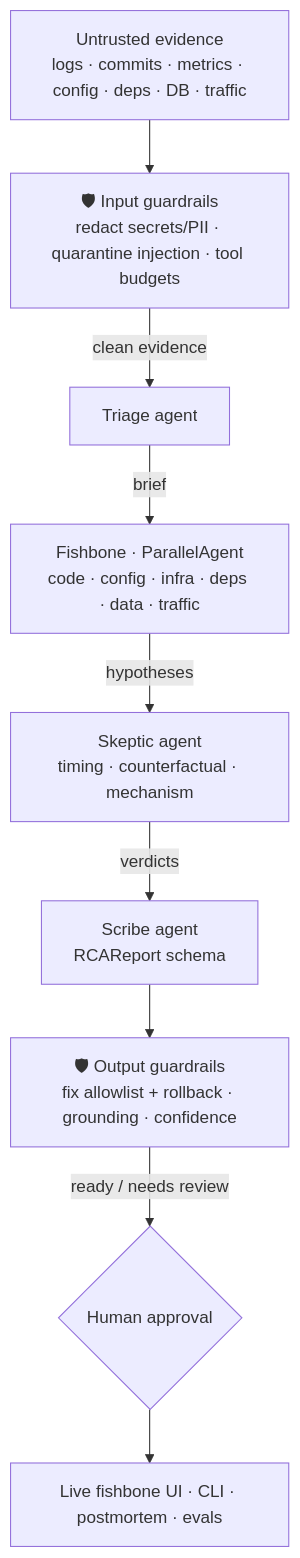
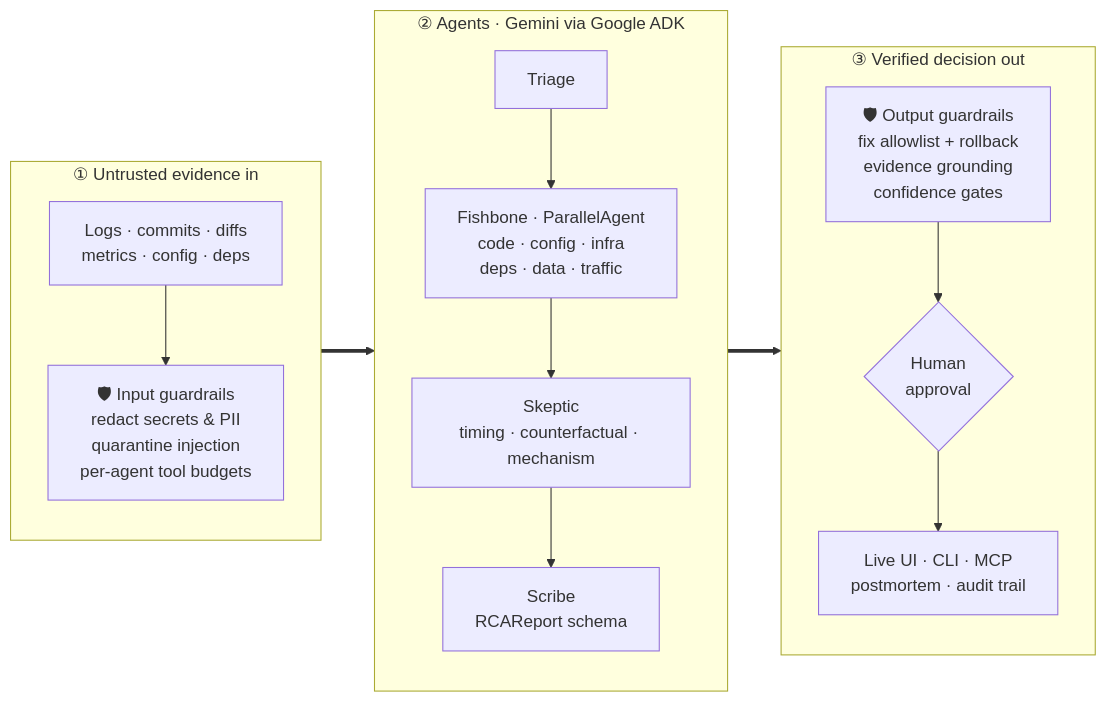
Before and after one commit to Likhith-BlueLotus/open-source-agents: the diagram in agents/ishikawa-rca/docs/architecture.mmd, drawn with Mermaid. The commit also changed 4 other files, not shown here.

Commit message:
docs(ishikawa-rca): fix overlapping architecture section in README

```diff
--- a/agents/ishikawa-rca/docs/architecture.mmd
+++ b/agents/ishikawa-rca/docs/architecture.mmd
@@ -1,18 +1,23 @@
-graph TD
-  EV["Untrusted evidence<br/>logs · commits · metrics · config · deps · DB · traffic"]
-  IG["🛡 Input guardrails<br/>redact secrets/PII · quarantine injection · tool budgets"]
-  TR["Triage agent"]
-  FB["Fishbone · ParallelAgent<br/>code · config · infra · deps · data · traffic"]
-  SK["Skeptic agent<br/>timing · counterfactual · mechanism"]
-  SC["Scribe agent<br/>RCAReport schema"]
-  OG["🛡 Output guardrails<br/>fix allowlist + rollback · grounding · confidence"]
-  HU{"Human approval"}
-  OUT["Live fishbone UI · CLI · postmortem · evals"]
-  EV --> IG
-  IG -->|clean evidence| TR
-  TR -->|brief| FB
-  FB -->|hypotheses| SK
-  SK -->|verdicts| SC
-  SC --> OG
-  OG -->|ready / needs review| HU
-  HU --> OUT
+flowchart LR
+  subgraph IN["① Untrusted evidence in"]
+    direction TB
+    EV["Logs · commits · diffs<br/>metrics · config · deps"]
+    IG["🛡 Input guardrails<br/>redact secrets & PII<br/>quarantine injection<br/>per-agent tool budgets"]
+    EV --> IG
+  end
+  subgraph AG["② Agents · Gemini via Google ADK"]
+    direction TB
+    TR["Triage"]
+    FB["Fishbone · ParallelAgent<br/>code · config · infra<br/>deps · data · traffic"]
+    SK["Skeptic<br/>timing · counterfactual · mechanism"]
+    SC["Scribe<br/>RCAReport schema"]
+    TR --> FB --> SK --> SC
+  end
+  subgraph OUT["③ Verified decision out"]
+    direction TB
+    OG["🛡 Output guardrails<br/>fix allowlist + rollback<br/>evidence grounding<br/>confidence gates"]
+    HU{"Human<br/>approval"}
+    UI["Live UI · CLI · MCP<br/>postmortem · audit trail"]
+    OG --> HU --> UI
+  end
+  IN ==> AG ==> OUT
```
